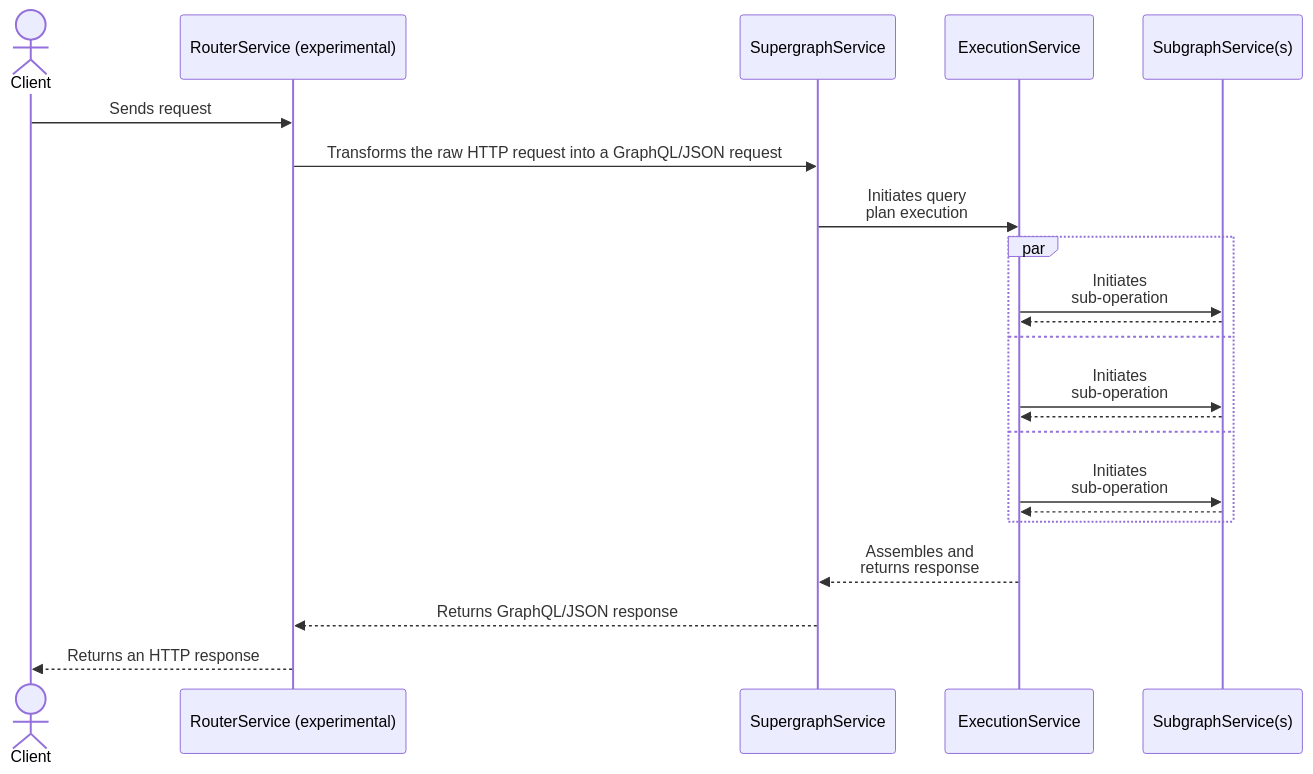
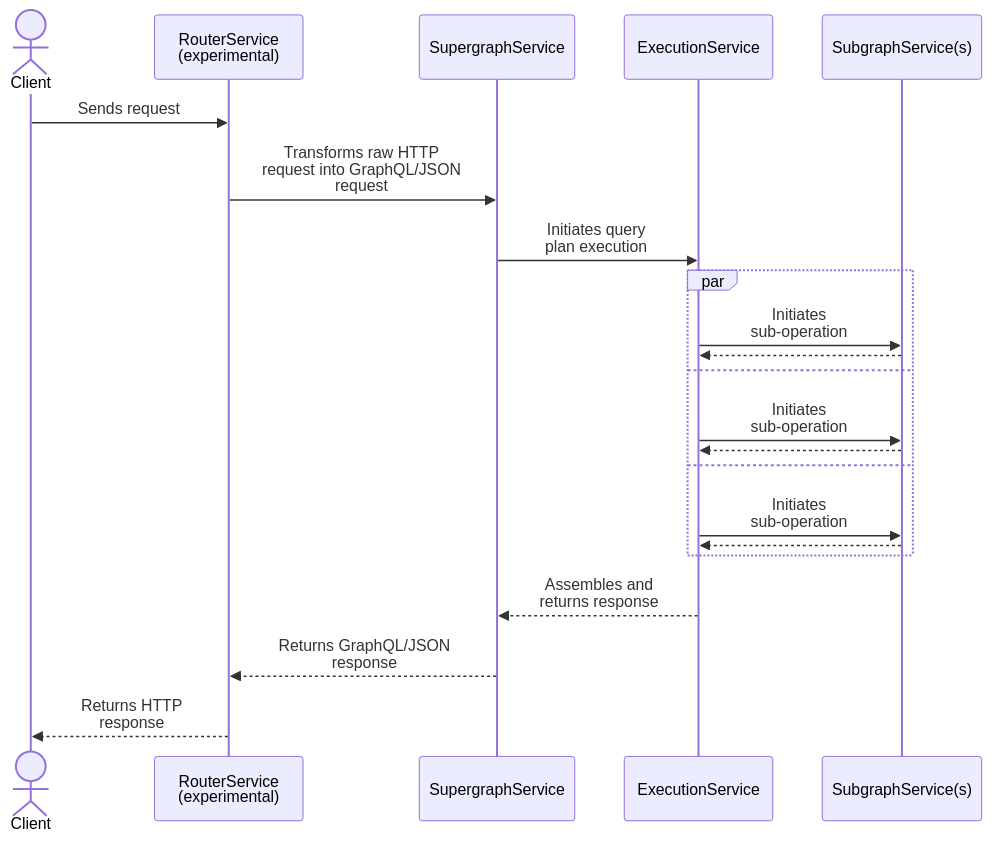
The diagram in docs/source/customizations/overview.mdx (apollographql/router), drawn with Mermaid before and after one commit. The commit also changed other lines of this file and 2 other files, not shown here.

````diff
--- a/docs/source/customizations/overview.mdx
+++ b/docs/source/customizations/overview.mdx
@@ -28,25 +28,25 @@
 ```mermaid
 sequenceDiagram
     actor Client
-    participant RouterService (experimental)
+    participant RS as RouterService<br/>(experimental)
     participant SupergraphService
     participant ExecutionService
     participant SubgraphService(s)
 
-    Client->>RouterService (experimental): Sends request
-    RouterService (experimental)->>SupergraphService: Transforms the raw HTTP request into a GraphQL/JSON request
+    Client->>RS: Sends request
+    RS->>SupergraphService: Transforms raw HTTP<br/>request into GraphQL/JSON<br/>request
     SupergraphService->>ExecutionService: Initiates query<br/>plan execution
     par
     ExecutionService->>SubgraphService(s): Initiates<br/>sub-operation
     SubgraphService(s)-->>ExecutionService: 
     and
     ExecutionService->>SubgraphService(s): Initiates<br/>sub-operation
     SubgraphService(s)-->>ExecutionService: 
     and
     ExecutionService->>SubgraphService(s): Initiates<br/>sub-operation
     SubgraphService(s)-->>ExecutionService: 
     end
     ExecutionService-->>SupergraphService: Assembles and<br/>returns response
-    SupergraphService-->>RouterService (experimental): Returns GraphQL/JSON response
-    RouterService (experimental)-->>Client: Returns an HTTP response
+    SupergraphService-->>RS: Returns GraphQL/JSON<br/>response
+    RS-->>Client: Returns HTTP<br/>response
 ```
````
